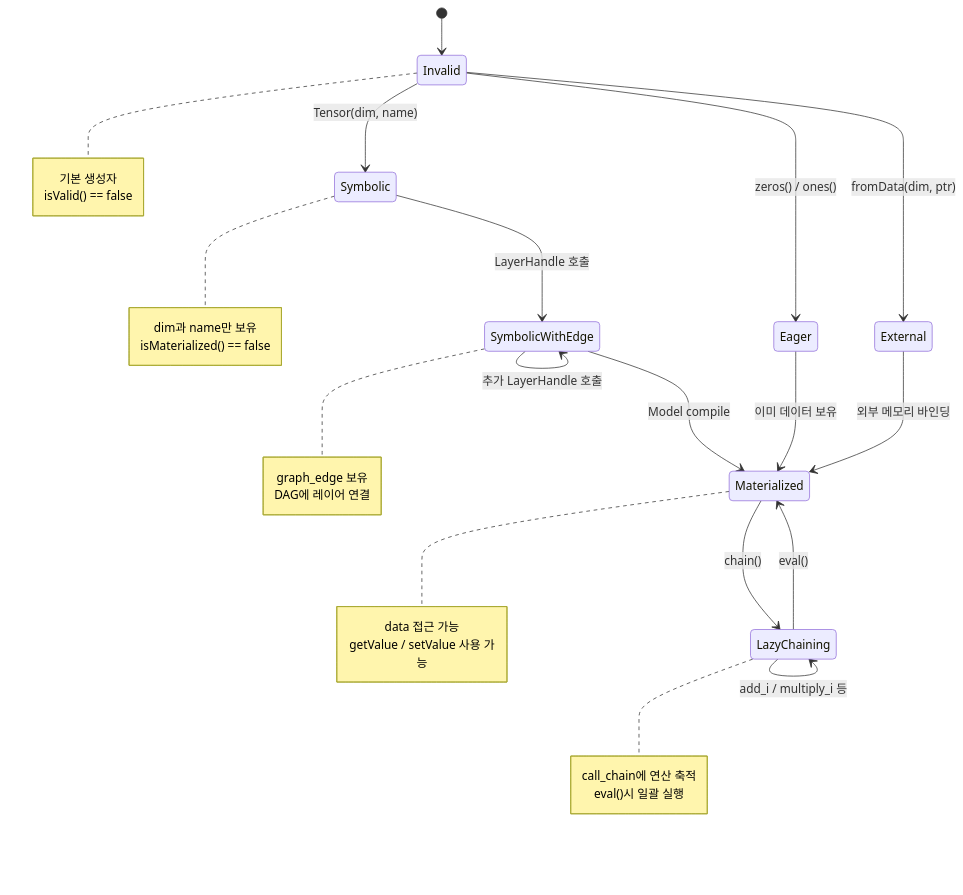
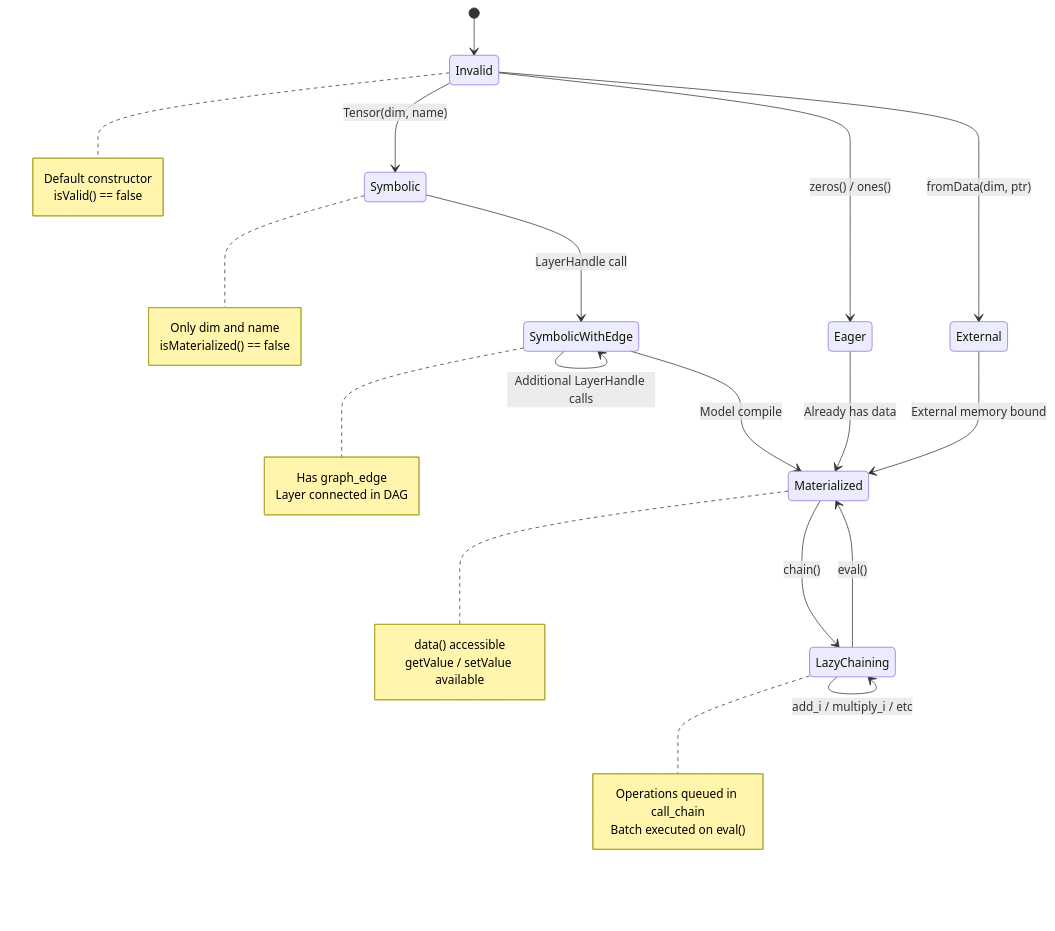
Before and after one commit to jijoongmoon/nntrainer: the second of 6 diagrams in docs/symbolic-tensor-api.md, drawn with Mermaid. The commit also changed other lines of this file, not shown here.

First line of the commit message:
Rewrite Symbolic Tensor API documentation in English

````diff
--- a/docs/symbolic-tensor-api.md
+++ b/docs/symbolic-tensor-api.md
@@ -303,44 +303,44 @@
 ```mermaid
 stateDiagram-v2
     [*] --> Invalid
 
     Invalid --> Symbolic : Tensor(dim, name)
     Invalid --> Eager : zeros() / ones()
     Invalid --> External : fromData(dim, ptr)
 
-    Symbolic --> SymbolicWithEdge : LayerHandle 호출
-    SymbolicWithEdge --> SymbolicWithEdge : 추가 LayerHandle 호출
+    Symbolic --> SymbolicWithEdge : LayerHandle call
+    SymbolicWithEdge --> SymbolicWithEdge : Additional LayerHandle calls
 
     SymbolicWithEdge --> Materialized : Model compile
-    Eager --> Materialized : 이미 데이터 보유
-    External --> Materialized : 외부 메모리 바인딩
+    Eager --> Materialized : Already has data
+    External --> Materialized : External memory bound
 
     Materialized --> LazyChaining : chain()
-    LazyChaining --> LazyChaining : add_i / multiply_i 등
+    LazyChaining --> LazyChaining : add_i / multiply_i / etc
     LazyChaining --> Materialized : eval()
 
     note right of Invalid
-        기본 생성자
+        Default constructor
         isValid() == false
     end note
 
     note right of Symbolic
-        dim과 name만 보유
+        Only dim and name
         isMaterialized() == false
     end note
 
     note right of SymbolicWithEdge
-        graph_edge 보유
-        DAG에 레이어 연결
+        Has graph_edge
+        Layer connected in DAG
     end note
 
     note right of Materialized
-        data 접근 가능
-        getValue / setValue 사용 가능
+        data() accessible
+        getValue / setValue available
     end note
 
     note right of LazyChaining
-        call_chain에 연산 축적
-        eval()시 일괄 실행
+        Operations queued in call_chain
+        Batch executed on eval()
     end note
 ```
````
